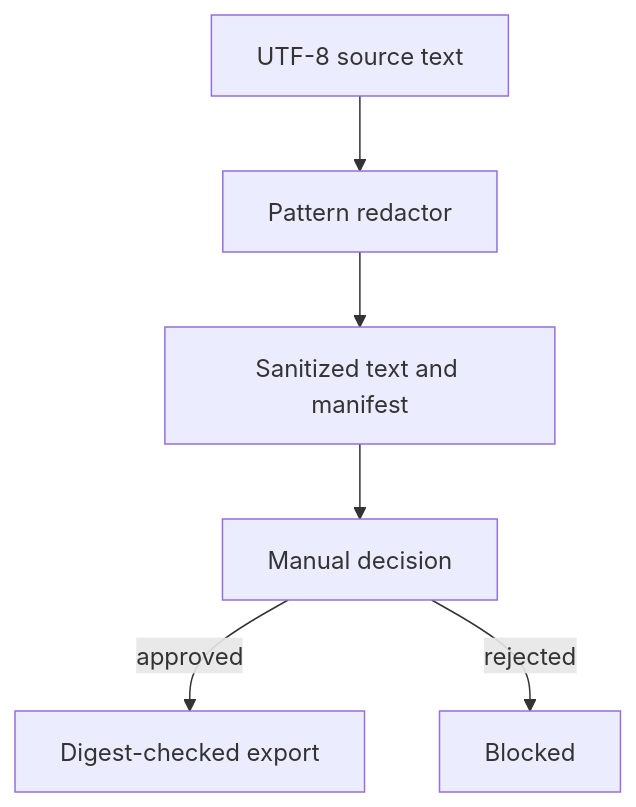
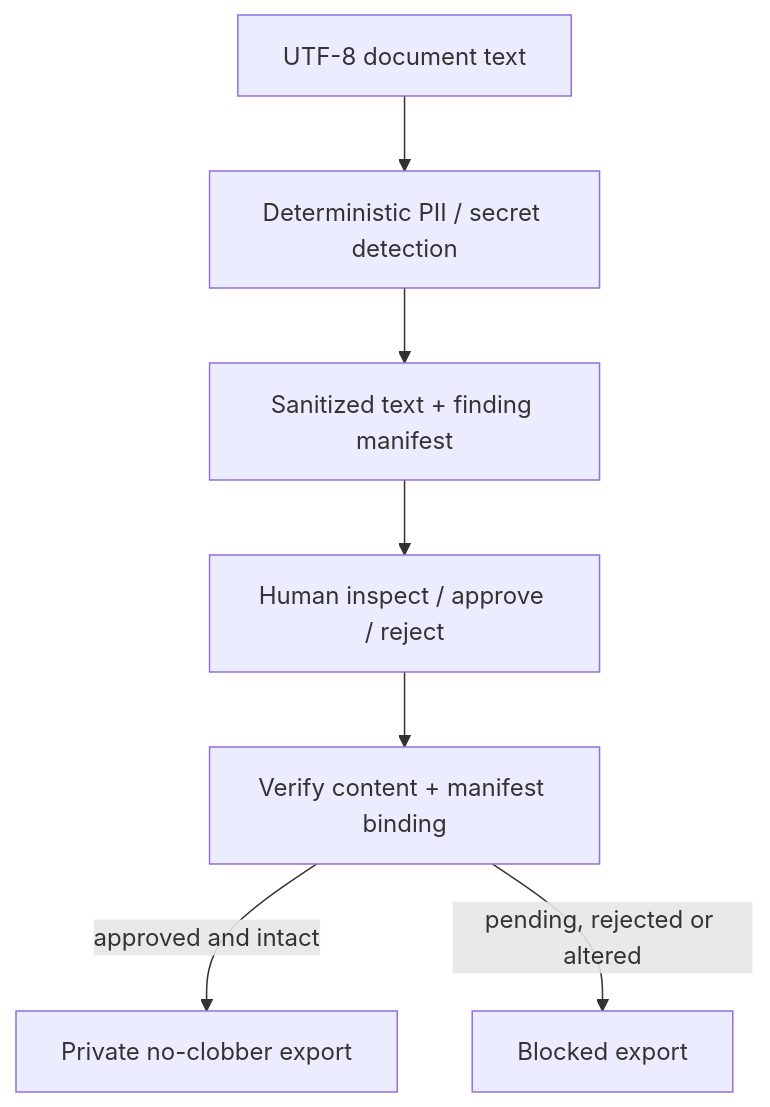
Before and after one commit to koushikchowdary6/document-review-pipeline: the diagram in README.md, drawn with Mermaid. The commit also changed other lines of this file and 10 other files, not shown here.

Commit message:
Add synthetic PII evaluation and hardened manual-review export workflow

````diff
--- a/README.md
+++ b/README.md
@@ -89,8 +44,9 @@
 ```mermaid
 flowchart TD
-  A["UTF-8 source text"] --> B["Pattern redactor"]
-  B --> C["Sanitized text and manifest"]
-  C --> D["Manual decision"]
-  D -->|approved| E["Digest-checked export"]
-  D -->|rejected| F["Blocked"]
+  A["UTF-8 document text"] --> B["Deterministic PII / secret detection"]
+  B --> C["Sanitized text + finding manifest"]
+  C --> D["Human inspect / approve / reject"]
+  D --> E["Verify content + manifest binding"]
+  E -->|approved and intact| F["Private no-clobber export"]
+  E -->|pending, rejected or altered| G["Blocked export"]
 ```
````
